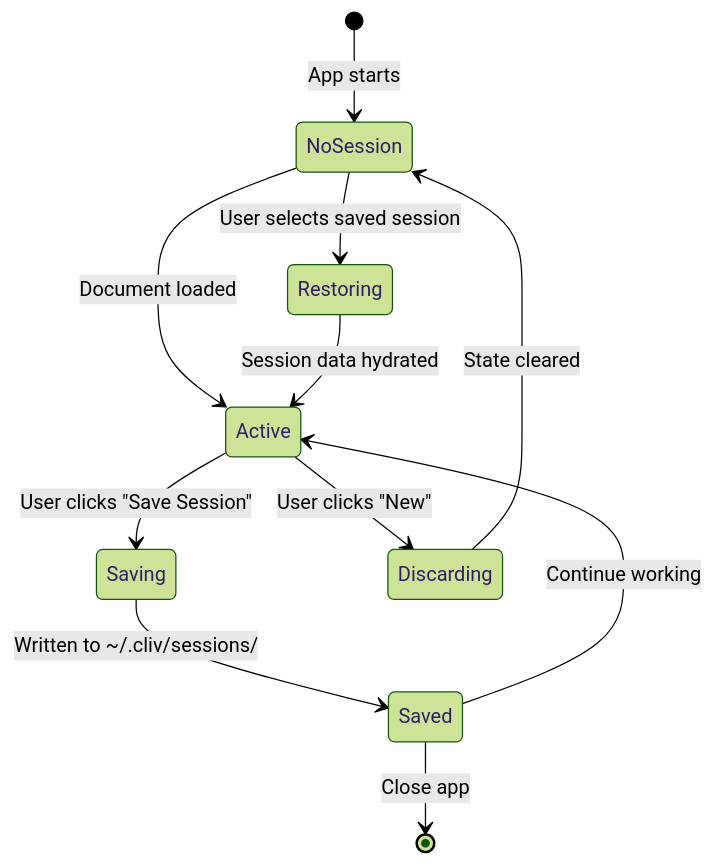
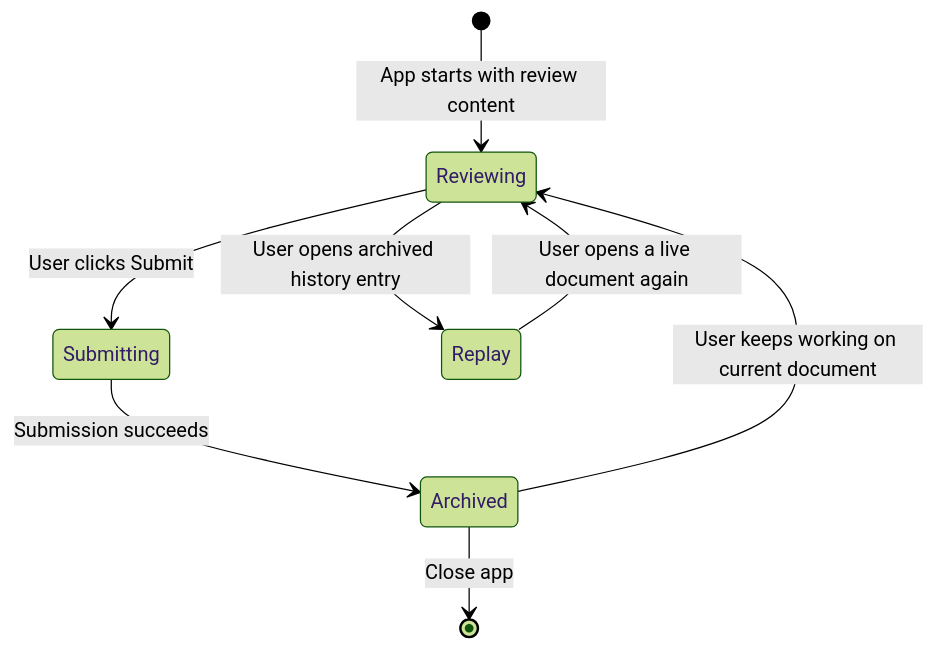
Diagram 13 of 22 in docs/demo/demo.md (BobDLA/cliv), drawn with Mermaid (forest theme) before and after one commit. The commit also changed other lines of this file and 30 other files, not shown here.

Commit message:
feat: archive project review history

````diff
--- a/docs/demo/demo.md
+++ b/docs/demo/demo.md
@@ -761,17 +761,12 @@
 ```mermaid
 stateDiagram-v2
-    [*] --> NoSession: App starts
+    [*] --> Reviewing: App starts with review content
 
-    NoSession --> Active: Document loaded
-    Active --> Saving: User clicks "Save Session"
-    Saving --> Saved: Written to ~/.cliv/sessions/
+    Reviewing --> Submitting: User clicks Submit
+    Submitting --> Archived: Submission succeeds
+    Archived --> Reviewing: User keeps working on current document
+    Archived --> [*]: Close app
 
-    Saved --> Active: Continue working
-    Saved --> [*]: Close app
-
-    NoSession --> Restoring: User selects saved session
-    Restoring --> Active: Session data hydrated
-
-    Active --> Discarding: User clicks "New"
-    Discarding --> NoSession: State cleared
+    Reviewing --> Replay: User opens archived history entry
+    Replay --> Reviewing: User opens a live document again
 ```
````
